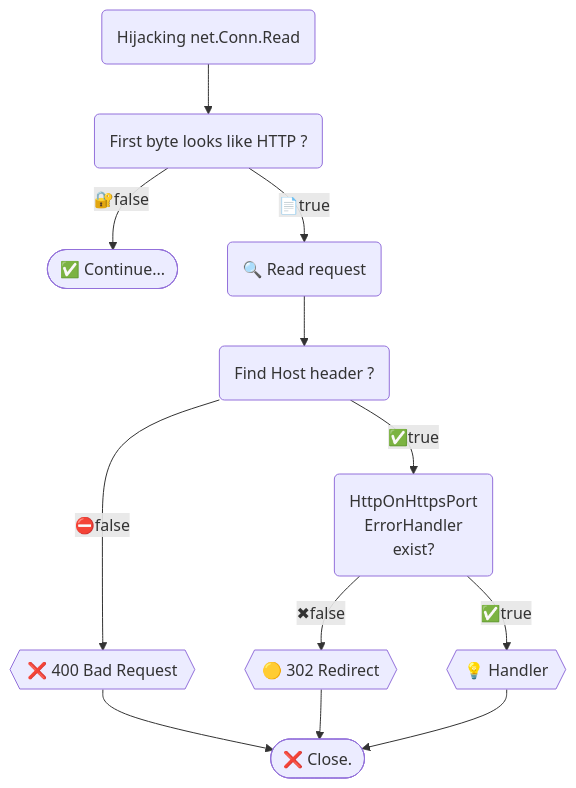
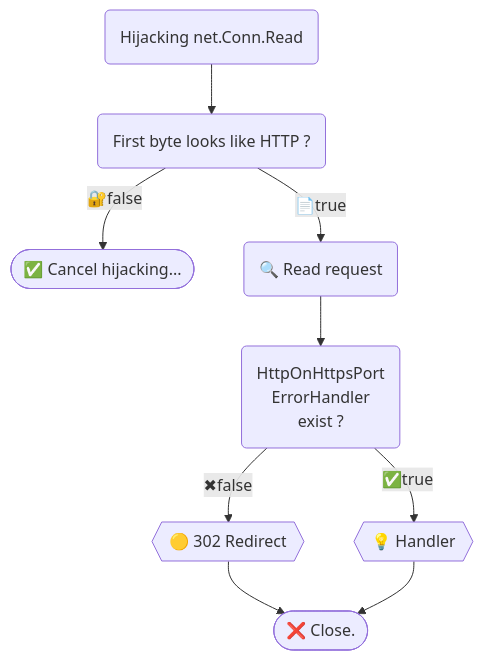
Before and after one commit to bddjr/hlfhr: the diagram in README.md, drawn with Mermaid. The commit also changed other lines of this file and 5 other files, not shown here.

````diff
--- a/README.md
+++ b/README.md
@@ -35,33 +29,27 @@
 ```mermaid
 flowchart TD
 	Read("Hijacking net.Conn.Read")
 
 	IsLooksLikeHTTP("First byte looks like HTTP ?")
 
-	Continue(["✅ Continue..."])
+	CancelHijacking(["✅ Cancel hijacking..."])
 
 	ReadRequest("🔍 Read request")
-
-	IsFindHostHeader("Find Host header ?")
 
 	IsHandlerExist("`
 	HttpOnHttpsPort
 	ErrorHandler
-	exist?`")
-
-	400BadRequest{{"❌ 400 Bad Request"}}
+	exist ?`")
 
 	302Redirect{{"🟡 302 Redirect"}}
 
 	Handler{{"💡 Handler"}}
 
 	Close(["❌ Close."])
 
     Read --> IsLooksLikeHTTP
-    IsLooksLikeHTTP -- "🔐false" --> Continue
-    IsLooksLikeHTTP -- "📄true" --> ReadRequest --> IsFindHostHeader
-    IsFindHostHeader -- "⛔false" --> 400BadRequest --> Close
-    IsFindHostHeader -- "✅true" --> IsHandlerExist
+    IsLooksLikeHTTP -- "🔐false" --> CancelHijacking
+    IsLooksLikeHTTP -- "📄true" --> ReadRequest --> IsHandlerExist
 	IsHandlerExist -- "✖false" --> 302Redirect --> Close
 	IsHandlerExist -- "✅true" --> Handler --> Close
 ```
````
